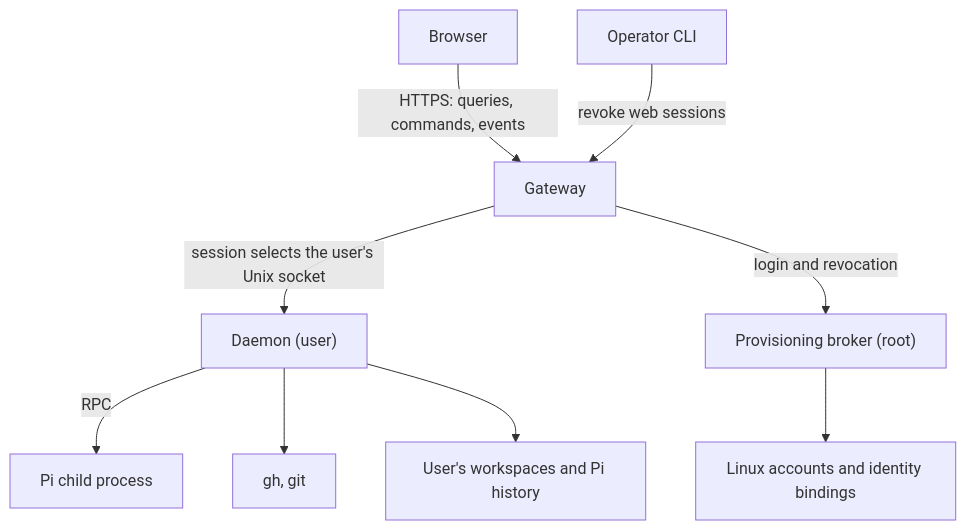
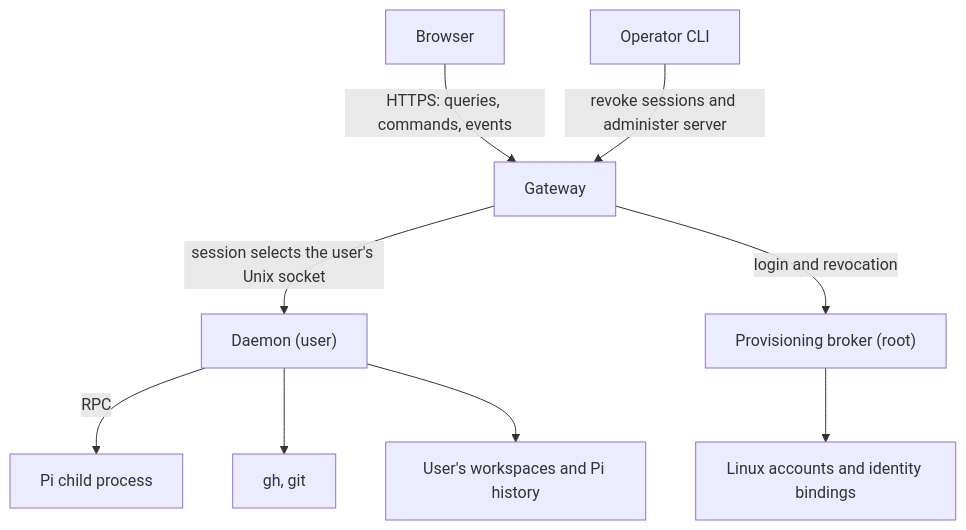
One commit to Open-Habitat/open-habitat changed the diagram in docs/architecture/components.md. Above: the diagram before and after it, drawn with Mermaid. The commit also changed other lines of this file and 4 other files, not shown here.

````diff
--- a/docs/architecture/components.md
+++ b/docs/architecture/components.md
@@ -10,11 +10,11 @@
 ```mermaid
 flowchart TB
   B["Browser"] -->|"HTTPS: queries, commands, events"| G["Gateway"]
   G -->|"session selects the user's Unix socket"| D["Daemon (user)"]
   G -->|"login and revocation"| P["Provisioning broker (root)"]
   P --> A["Linux accounts and identity bindings"]
   D -->|"RPC"| Pi["Pi child process"]
   D --> GH["gh, git"]
   D --> FS["User's workspaces and Pi history"]
-  Op["Operator CLI"] -->|"revoke web sessions"| G
+  Op["Operator CLI"] -->|"revoke sessions and administer server"| G
 ```
````
